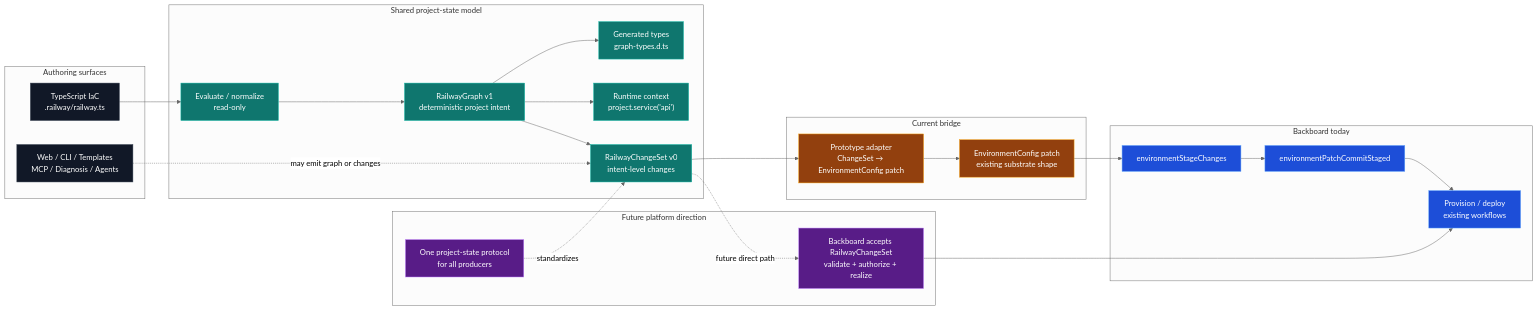
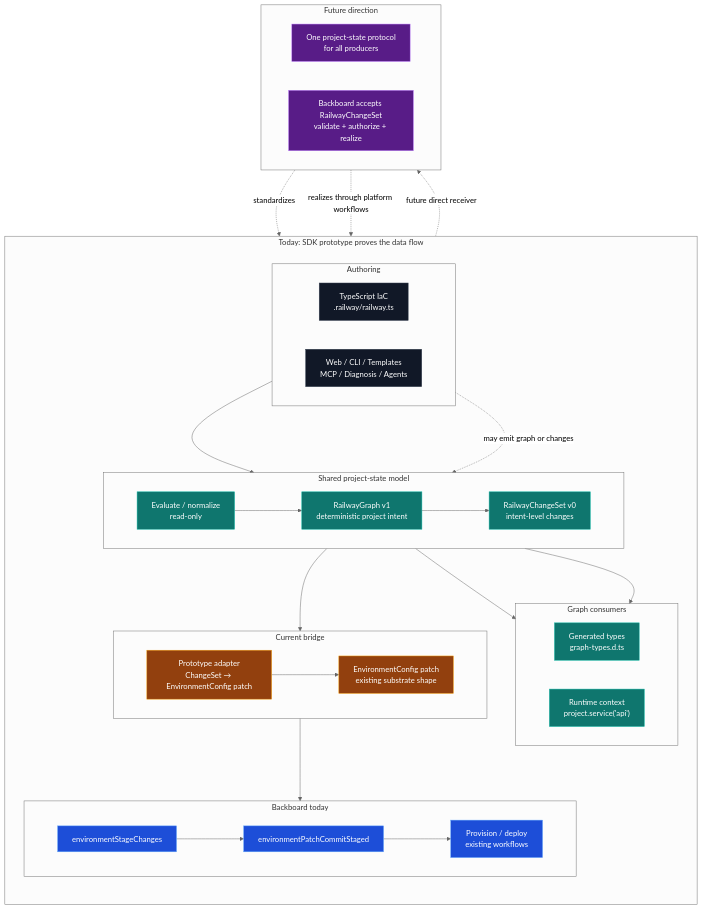
One commit to railwayapp/railway-ts-sdk changed the diagram in docs/iac-architecture.mmd. Above: the diagram before and after it, drawn with Mermaid (neutral theme). The commit also changed 1 other file, not shown here.

Commit message:
improve architecture diagram layout

```diff
--- a/docs/iac-architecture.mmd
+++ b/docs/iac-architecture.mmd
@@ -1,54 +1,66 @@
-flowchart LR
-  %% Railway Project State / IaC architecture, optimized for presentation.
+%%{init: {"flowchart": {"curve": "basis", "nodeSpacing": 60, "rankSpacing": 90}}}%%
+flowchart TB
+  %% Railway Project State / IaC architecture, optimized for non-overlapping rendering.
 
-  subgraph A[Authoring surfaces]
-    TS["TypeScript IaC\n.railway/railway.ts"]
-    Other["Web / CLI / Templates\nMCP / Diagnosis / Agents"]
+  subgraph Today[Today: SDK prototype proves the data flow]
+    direction TB
+
+    subgraph A[Authoring]
+      direction LR
+      TS["TypeScript IaC\n.railway/railway.ts"]
+      Other["Web / CLI / Templates\nMCP / Diagnosis / Agents"]
+    end
+
+    subgraph B[Shared project-state model]
+      direction LR
+      Eval["Evaluate / normalize\nread-only"]
+      Graph["RailwayGraph v1\ndeterministic project intent"]
+      ChangeSet["RailwayChangeSet v0\nintent-level changes"]
+    end
+
+    subgraph Side[Graph consumers]
+      direction LR
+      Types["Generated types\ngraph-types.d.ts"]
+      Runtime["Runtime context\nproject.service('api')"]
+    end
+
+    subgraph C[Current bridge]
+      direction LR
+      Adapter["Prototype adapter\nChangeSet → EnvironmentConfig patch"]
+      Patch["EnvironmentConfig patch\nexisting substrate shape"]
+    end
+
+    subgraph D[Backboard today]
+      direction LR
+      Stage["environmentStageChanges"]
+      Commit["environmentPatchCommitStaged"]
+      Apply["Provision / deploy\nexisting workflows"]
+    end
   end
 
-  subgraph B[Shared project-state model]
-    Eval["Evaluate / normalize\nread-only"]
-    Graph["RailwayGraph v1\ndeterministic project intent"]
-    Types["Generated types\ngraph-types.d.ts"]
-    Runtime["Runtime context\nproject.service('api')"]
-    ChangeSet["RailwayChangeSet v0\nintent-level changes"]
+  subgraph Future[Future direction]
+    direction LR
+    Protocol["One project-state protocol\nfor all producers"]
+    Receiver["Backboard accepts RailwayChangeSet\nvalidate + authorize + realize"]
   end
 
-  subgraph C[Current bridge]
-    Adapter["Prototype adapter\nChangeSet → EnvironmentConfig patch"]
-    Patch["EnvironmentConfig patch\nexisting substrate shape"]
-  end
-
-  subgraph D[Backboard today]
-    Stage["environmentStageChanges"]
-    Commit["environmentPatchCommitStaged"]
-    Apply["Provision / deploy\nexisting workflows"]
-  end
-
-  subgraph E[Future platform direction]
-    Receiver["Backboard accepts RailwayChangeSet\nvalidate + authorize + realize"]
-    Protocol["One project-state protocol\nfor all producers"]
-  end
-
-  TS --> Eval --> Graph --> ChangeSet
+  TS --> Eval --> Graph --> ChangeSet --> Adapter --> Patch --> Stage --> Commit --> Apply
   Other -. "may emit graph or changes" .-> ChangeSet
-
   Graph --> Types
   Graph --> Runtime
 
-  ChangeSet --> Adapter --> Patch --> Stage --> Commit --> Apply
-
-  ChangeSet -. "future direct path" .-> Receiver --> Apply
   Protocol -. "standardizes" .-> ChangeSet
+  ChangeSet -. "future direct receiver" .-> Receiver
+  Receiver -. "realizes through platform workflows" .-> Apply
 
   classDef author fill:#111827,stroke:#374151,color:#fff
   classDef model fill:#0f766e,stroke:#14b8a6,color:#fff
   classDef bridge fill:#92400e,stroke:#f59e0b,color:#fff
   classDef backboard fill:#1d4ed8,stroke:#60a5fa,color:#fff
   classDef future fill:#581c87,stroke:#c084fc,color:#fff
 
   class TS,Other author
   class Eval,Graph,Types,Runtime,ChangeSet model
   class Adapter,Patch bridge
   class Stage,Commit,Apply backboard
   class Receiver,Protocol future
```
